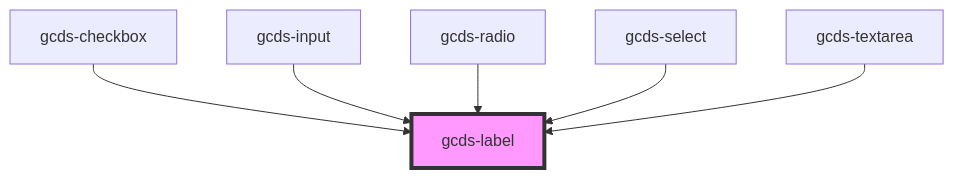
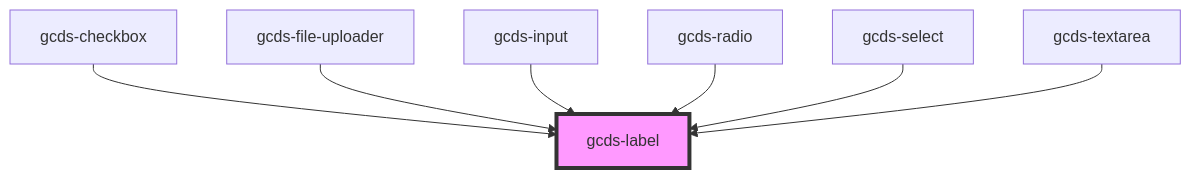
One commit to cds-snc/gcds-components changed the diagram in src/components/gcds-label/readme.md. Above: the diagram before and after it, drawn with Mermaid. The commit also changed other lines of this file and 11 other files, not shown here.

Commit message:
add gcds-file-uploader component

````diff
--- a/src/components/gcds-label/readme.md
+++ b/src/components/gcds-label/readme.md
@@ -29,9 +30,10 @@
 ```mermaid
 graph TD;
   gcds-checkbox --> gcds-label
+  gcds-file-uploader --> gcds-label
   gcds-input --> gcds-label
   gcds-radio --> gcds-label
   gcds-select --> gcds-label
   gcds-textarea --> gcds-label
   style gcds-label fill:#f9f,stroke:#333,stroke-width:4px
 ```
````
